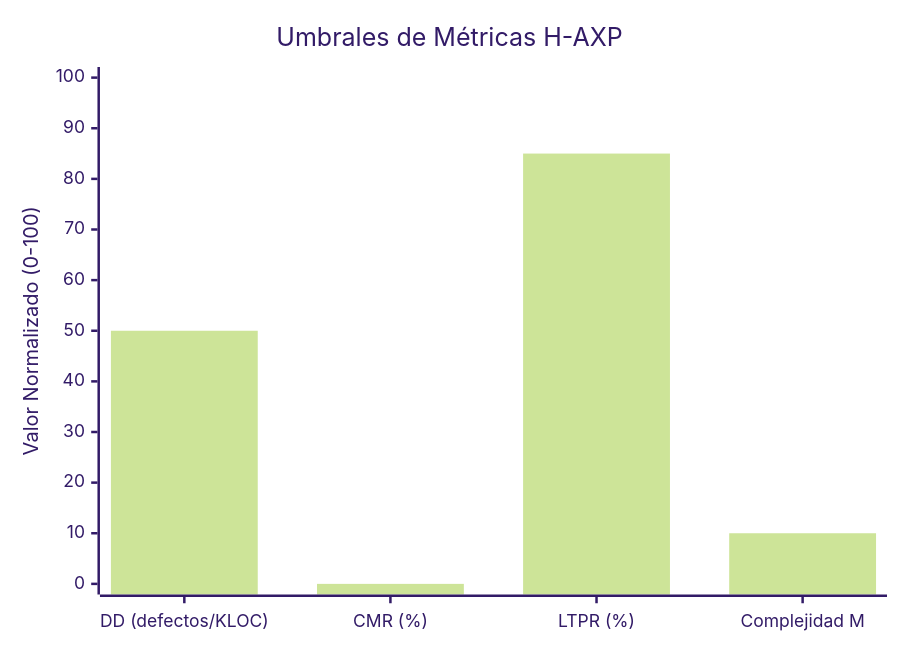
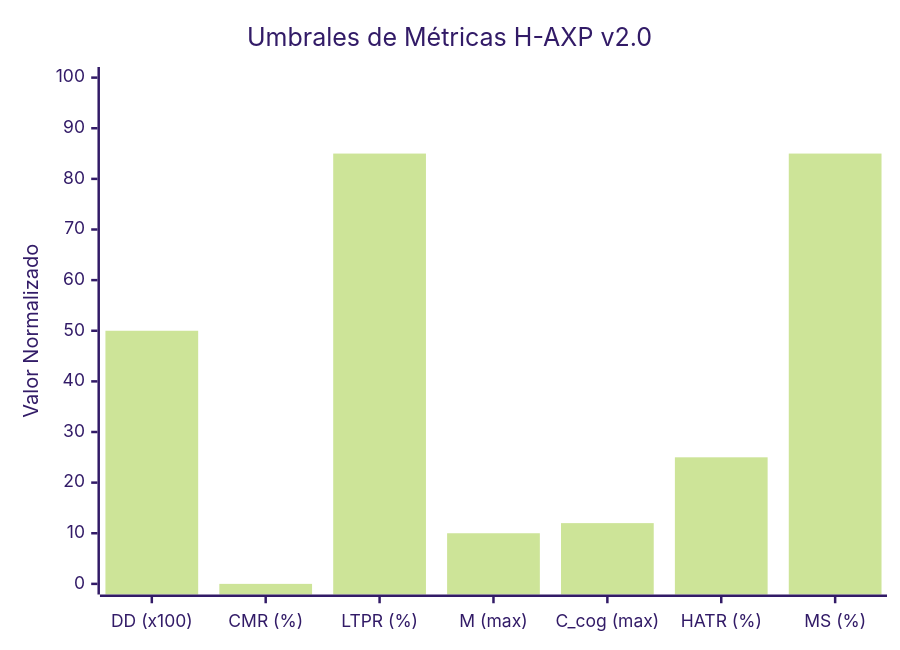
One commit to brunoguzman-dev/H-AXP changed the first of 2 diagrams in docs/03-marco-evaluacion.md. Above: the diagram before and after it, drawn with Mermaid (forest theme). The commit also changed other lines of this file and 20 other files, not shown here.

````diff
--- a/docs/03-marco-evaluacion.md
+++ b/docs/03-marco-evaluacion.md
@@ -35,7 +40,7 @@
 ```mermaid
 xychart-beta
-    title "Umbrales de Métricas H-AXP"
-    x-axis ["DD (defectos/KLOC)", "CMR (%)", "LTPR (%)", "Complejidad M"]
-    y-axis "Valor Normalizado (0-100)" 0 --> 100
-    bar [50, 0, 85, 10]
+    title "Umbrales de Métricas H-AXP v2.0"
+    x-axis ["DD (x100)", "CMR (%)", "LTPR (%)", "M (max)", "C_cog (max)", "HATR (%)", "MS (%)"]
+    y-axis "Valor Normalizado" 0 --> 100
+    bar [50, 0, 85, 10, 12, 25, 85]
 ```
````
